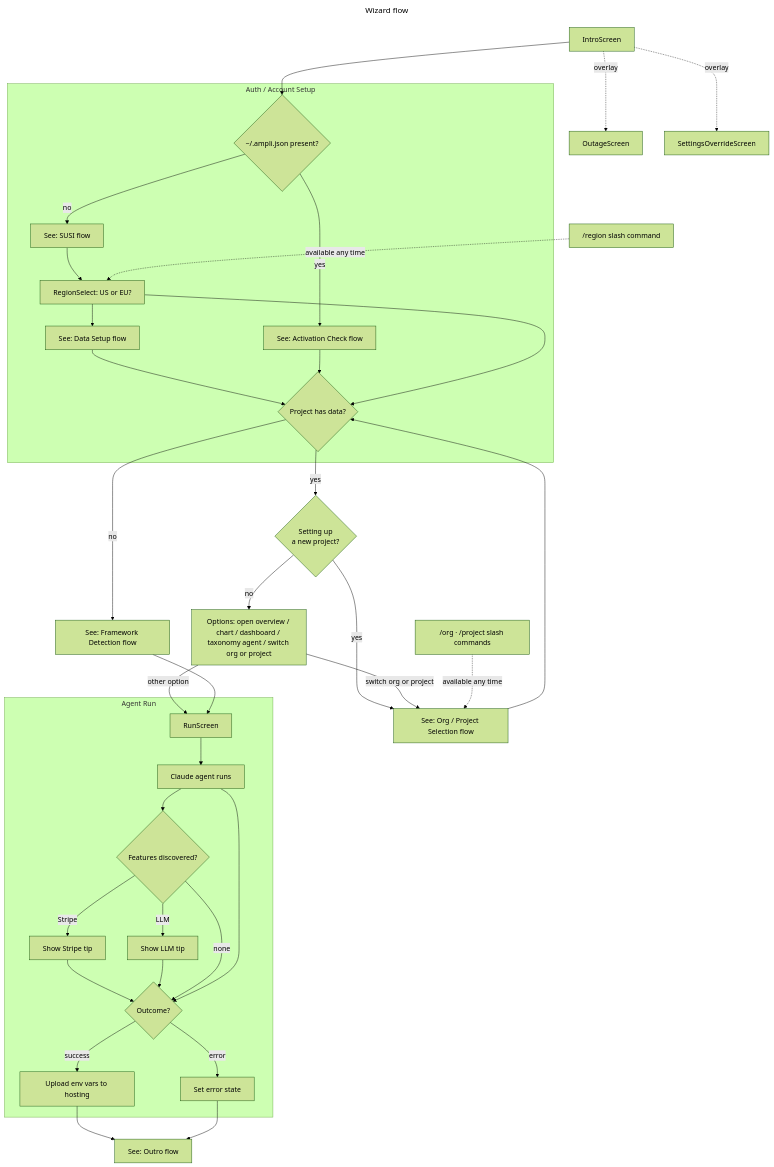
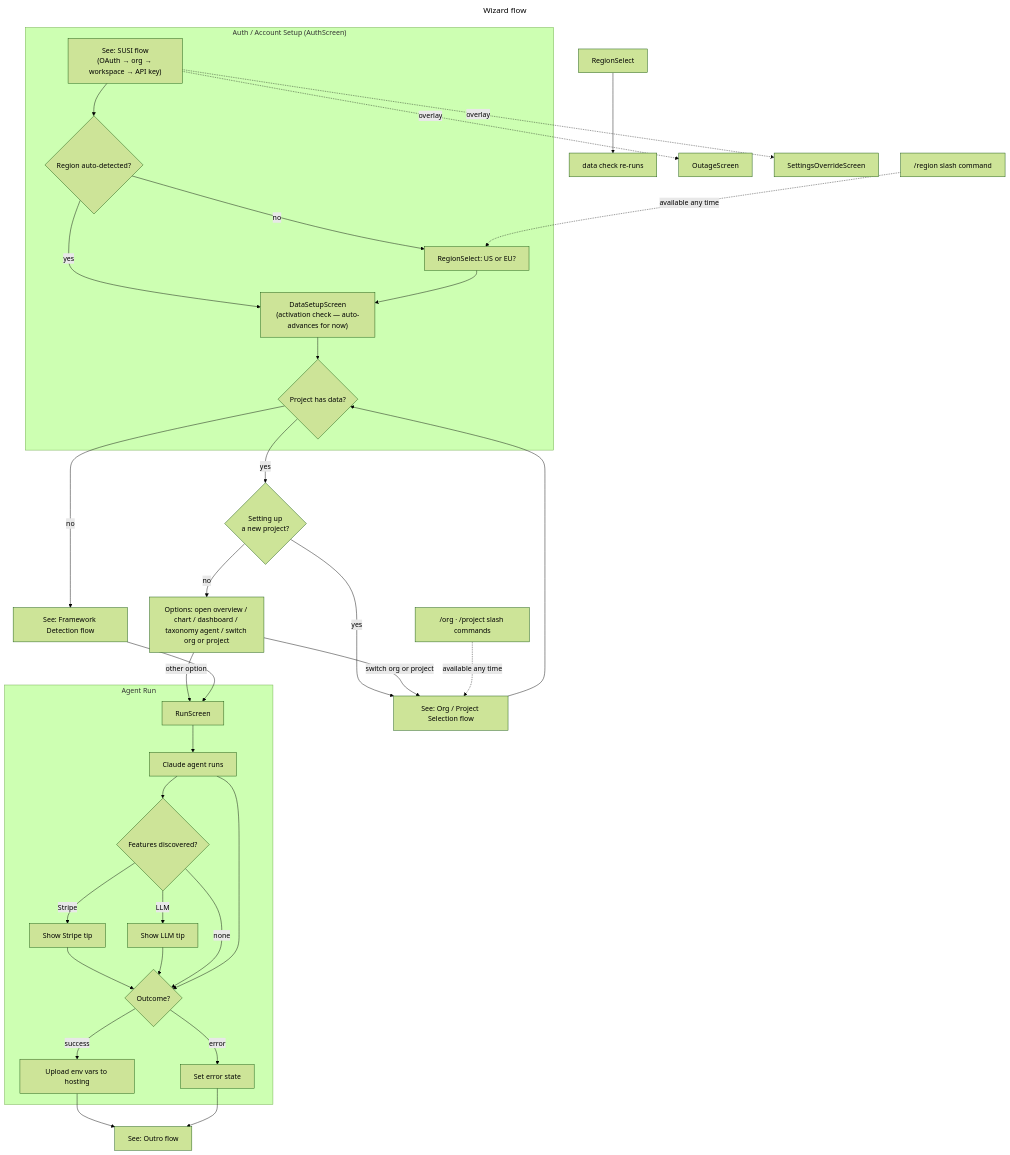
The second of 8 diagrams in docs/flows.md (amplitude/wizard), drawn with Mermaid (forest theme) before and after one commit. The commit also changed other lines of this file and 8 other files, not shown here.

First line of the commit message:
Persist API key to keychain/.env.local, add --verbose mode, sync flows and BDD

````diff
--- a/docs/flows.md
+++ b/docs/flows.md
@@ -56,49 +56,45 @@
 ```mermaid
 ---
 title: Wizard flow
 ---
 flowchart TD
-    START["IntroScreen"] --> AUTH_CHECK
-
-    subgraph AUTH ["Auth / Account Setup"]
-        AUTH_CHECK{~/.ampli.json present?}
-        AUTH_CHECK -->|yes| ACTIVATION["See: Activation Check flow"]
-        AUTH_CHECK -->|no| SUSI["See: SUSI flow"]
-        SUSI --> REGION_SELECT["RegionSelect: US or EU?"]
-        REGION_SELECT --> DATA_SETUP["See: Data Setup flow"]
-        DATA_SETUP --> DATA_CHECK
-        ACTIVATION --> DATA_CHECK
-        DATA_CHECK{Project has data?}
+    subgraph AUTH ["Auth / Account Setup (AuthScreen)"]
+        SUSI["See: SUSI flow<br/>(OAuth → org → workspace → API key)"]
+        SUSI --> REGION_CHECK{Region auto-detected?}
+        REGION_CHECK -->|yes| DATA_SETUP
+        REGION_CHECK -->|no| REGION_SELECT["RegionSelect: US or EU?"]
+        REGION_SELECT --> DATA_SETUP["DataSetupScreen<br/>(activation check — auto-advances for now)"]
+        DATA_SETUP --> DATA_CHECK{Project has data?}
     end
 
     DATA_CHECK -->|no| FRAMEWORK["See: Framework Detection flow"]
     DATA_CHECK -->|yes| NEW_PROJECT{Setting up<br/>a new project?}
     NEW_PROJECT -->|yes| ORG_PROJECT["See: Org / Project Selection flow"]
     NEW_PROJECT -->|no| OPTIONS["Options: open overview / chart / dashboard / taxonomy agent / switch org or project"]
     ORG_PROJECT --> DATA_CHECK
 
     OPTIONS -->|switch org or project| ORG_PROJECT
     OPTIONS -->|other option| RUN
     FRAMEWORK --> RUN
 
     SLASH_CMD["/org · /project slash commands"] -. available any time .-> ORG_PROJECT
-    SLASH_REGION["/region slash command"] -. available any time .-> REGION_SELECT["RegionSelect: US or EU?"]
-    REGION_SELECT --> DATA_CHECK
+    SLASH_REGION["/region slash command"] -. available any time .-> REGION_SELECT
+    REGION_SELECT_2["RegionSelect"] --> DATA_CHECK2["data check re-runs"]
 
     subgraph AGENT_RUN ["Agent Run"]
         RUN["RunScreen"] --> AGENT["Claude agent runs"]
         AGENT --> FEATURES{Features discovered?}
         FEATURES -->|Stripe| STRIPE_TIP["Show Stripe tip"] --> OUTCOME
         FEATURES -->|LLM| LLM_TIP["Show LLM tip"] --> OUTCOME
         FEATURES -->|none| OUTCOME
         AGENT --> OUTCOME{Outcome?}
         OUTCOME -->|success| POST["Upload env vars to hosting"]
         OUTCOME -->|error| ERR["Set error state"]
     end
 
     POST --> OUTRO["See: Outro flow"]
     ERR --> OUTRO
 
-    START -. overlay .-> OUTAGE["OutageScreen"]
-    START -. overlay .-> SETTINGS_OVR["SettingsOverrideScreen"]
+    SUSI -. overlay .-> OUTAGE["OutageScreen"]
+    SUSI -. overlay .-> SETTINGS_OVR["SettingsOverrideScreen"]
 ```
````
